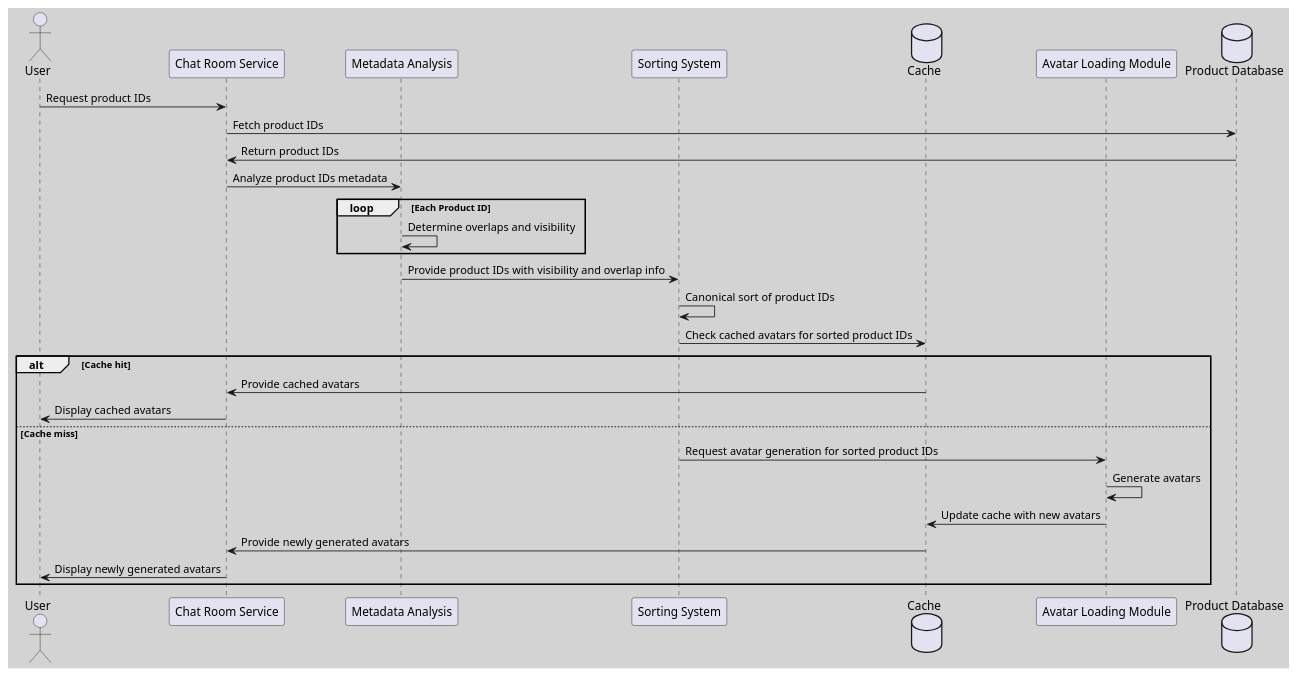
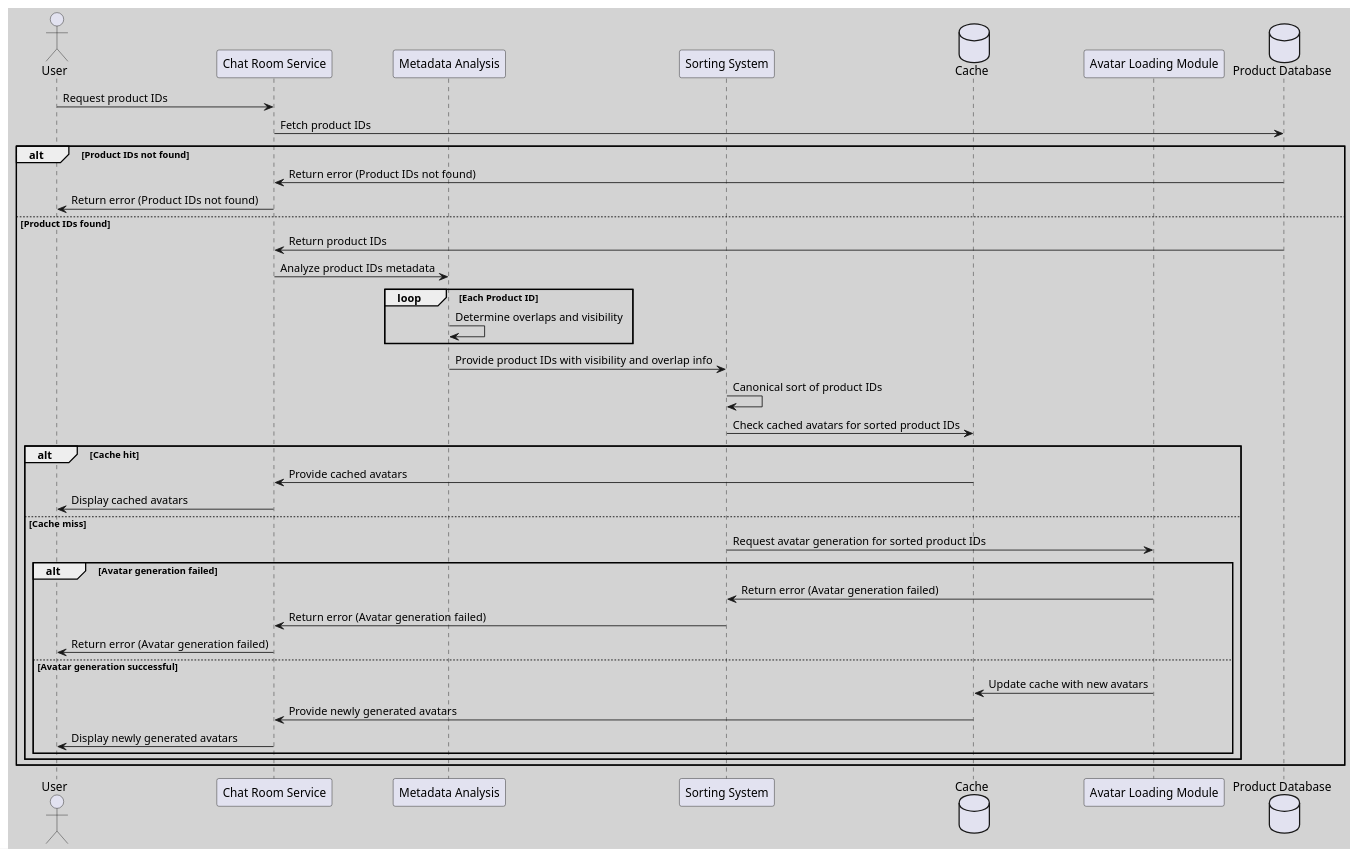
One commit to huangyingw/system_design changed the diagram in imvu_system_architecture/avatar_loading_optimization_process.puml. Above: the diagram before and after it, drawn with PlantUML.

```diff
--- a/imvu_system_architecture/avatar_loading_optimization_process.puml
+++ b/imvu_system_architecture/avatar_loading_optimization_process.puml
@@ -1,32 +1,42 @@
 @startuml
 skinparam backgroundColor #D3D3D3
 
 actor User
 participant "Chat Room Service" as ChatRoomService
 participant "Metadata Analysis" as MetadataAnalysis
 participant "Sorting System" as SortingSystem
 database "Cache" as Cache
 participant "Avatar Loading Module" as AvatarLoading
 database "Product Database" as ProductDB
 
 User -> ChatRoomService: Request product IDs
 ChatRoomService -> ProductDB: Fetch product IDs
+    alt Product IDs not found
+        ProductDB -> ChatRoomService: Return error (Product IDs not found)
+        ChatRoomService -> User: Return error (Product IDs not found)
+    else Product IDs found
 ProductDB -> ChatRoomService: Return product IDs
 ChatRoomService -> MetadataAnalysis: Analyze product IDs metadata
 loop Each Product ID
     MetadataAnalysis -> MetadataAnalysis: Determine overlaps and visibility
 end
 MetadataAnalysis -> SortingSystem: Provide product IDs with visibility and overlap info
 SortingSystem -> SortingSystem: Canonical sort of product IDs
 SortingSystem -> Cache: Check cached avatars for sorted product IDs
 alt Cache hit
     Cache -> ChatRoomService: Provide cached avatars
     ChatRoomService -> User: Display cached avatars
 else Cache miss
     SortingSystem -> AvatarLoading: Request avatar generation for sorted product IDs
-    AvatarLoading -> AvatarLoading: Generate avatars
+            alt Avatar generation failed
+                AvatarLoading -> SortingSystem: Return error (Avatar generation failed)
+                SortingSystem -> ChatRoomService: Return error (Avatar generation failed)
+                ChatRoomService -> User: Return error (Avatar generation failed)
+            else Avatar generation successful
     AvatarLoading -> Cache: Update cache with new avatars
     Cache -> ChatRoomService: Provide newly generated avatars
     ChatRoomService -> User: Display newly generated avatars
 end
+        end
+    end
 @enduml
```
